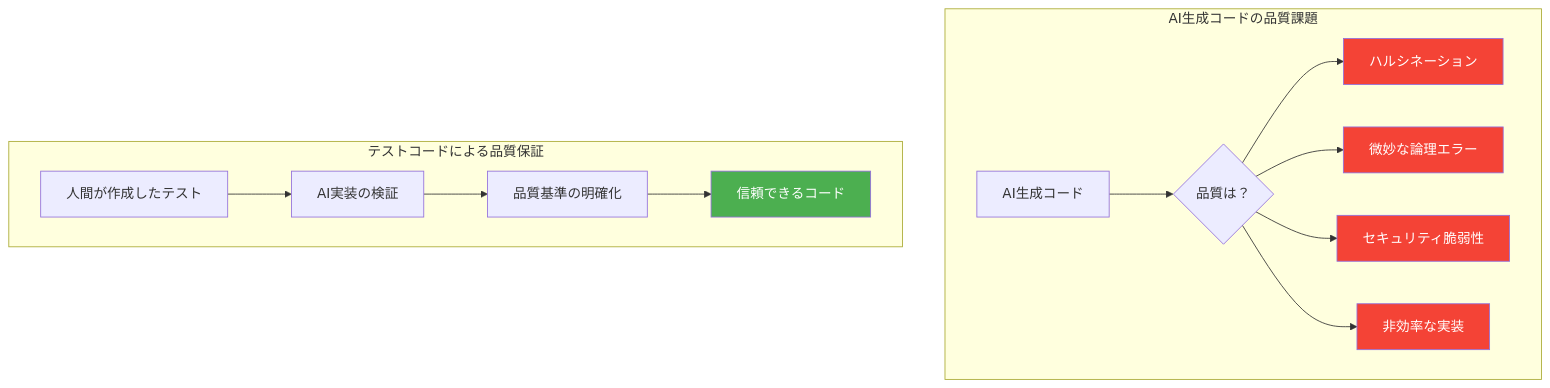
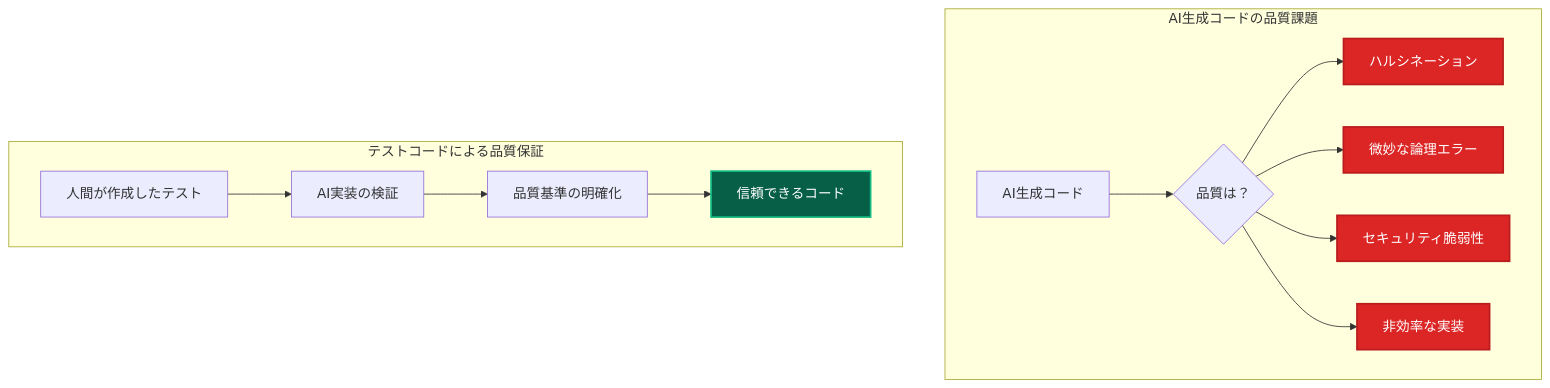
Diagram 11 of 12 in _DOCS/guides/ddd/concepts/whats-di.md (derushio/d-next-ddd-example), drawn with Mermaid before and after one commit. The commit also changed other lines of this file and 31 other files, not shown here.

Commit message:
🎨: DOCSのMermaid図表カラーテーマを暗色に統一し視認性を向上

````diff
--- a/_DOCS/guides/ddd/concepts/whats-di.md
+++ b/_DOCS/guides/ddd/concepts/whats-di.md
@@ -791,22 +791,22 @@
 ```mermaid
 graph TD
     subgraph "AI生成コードの品質課題"
         A[AI生成コード] --> B{品質は？}
         B --> C[ハルシネーション]
         B --> D[微妙な論理エラー]
         B --> E[セキュリティ脆弱性]
         B --> F[非効率な実装]
     end
     
     subgraph "テストコードによる品質保証"
         G[人間が作成したテスト] --> H[AI実装の検証]
         H --> I[品質基準の明確化]
         I --> J[信頼できるコード]
     end
     
-    style C fill:#f44336,color:#fff
-    style D fill:#f44336,color:#fff
-    style E fill:#f44336,color:#fff
-    style F fill:#f44336,color:#fff
-    style J fill:#4caf50,color:#fff
+    style C fill:#dc2626,stroke:#b91c1c,stroke-width:2px,color:#ffffff
+    style D fill:#dc2626,stroke:#b91c1c,stroke-width:2px,color:#ffffff
+    style E fill:#dc2626,stroke:#b91c1c,stroke-width:2px,color:#ffffff
+    style F fill:#dc2626,stroke:#b91c1c,stroke-width:2px,color:#ffffff
+    style J fill:#065f46,stroke:#10b981,stroke-width:2px,color:#ffffff
 ```
````
